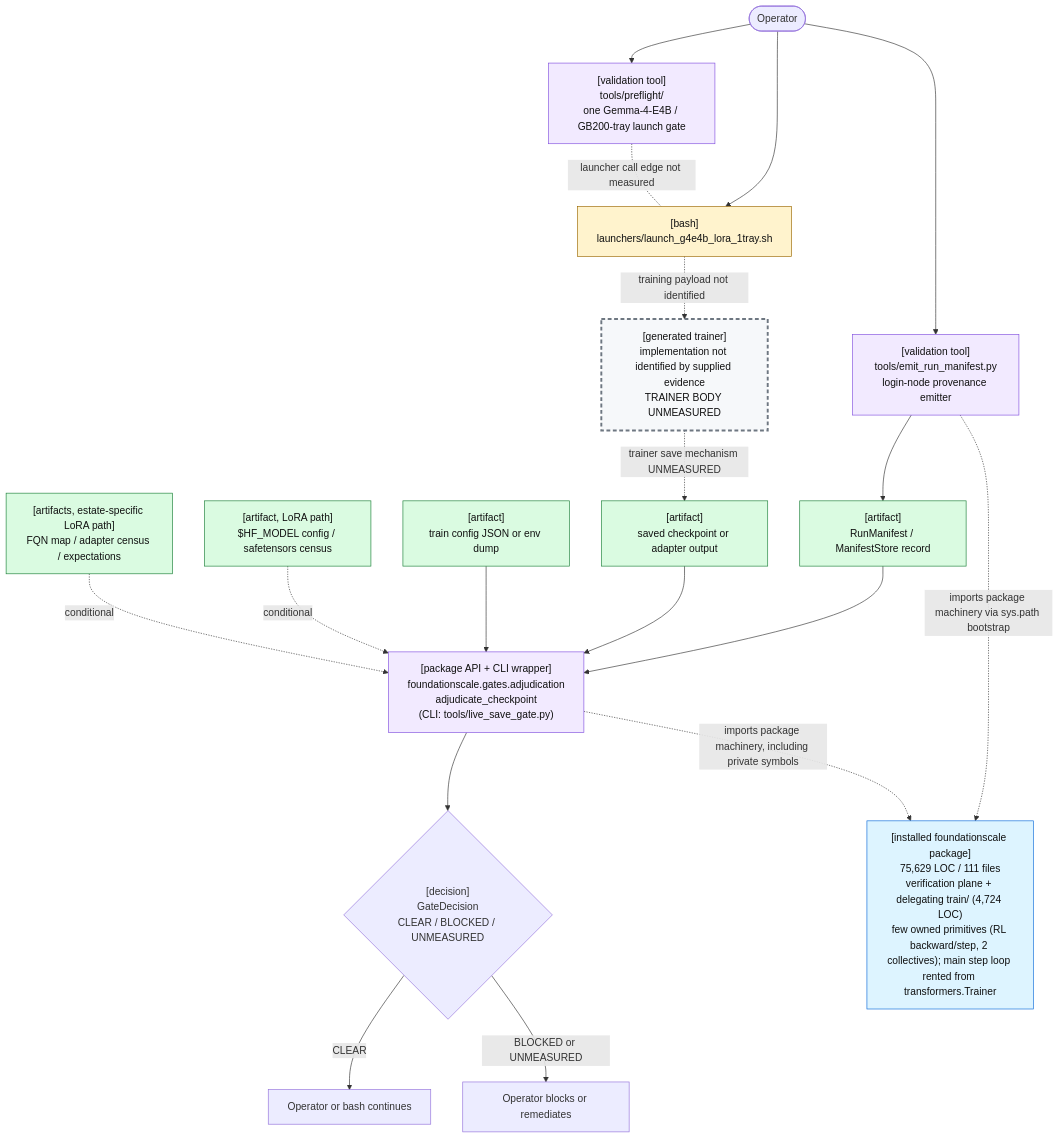
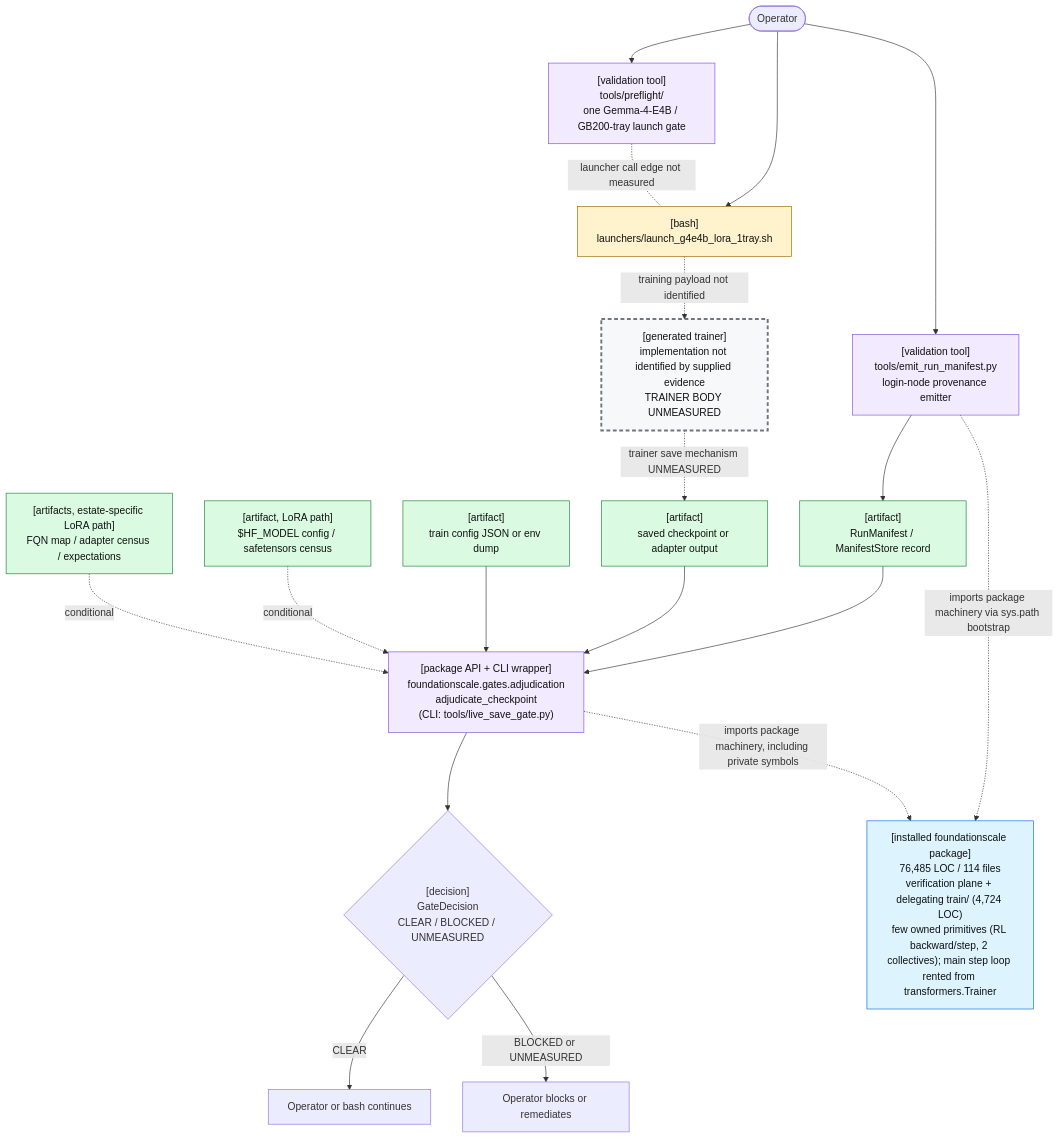
One commit to TranNhiem/FoundationScale changed the first of 2 diagrams in docs/review/D2_current_architecture.md. Above: the diagram before and after it, drawn with Mermaid. The commit also changed other lines of this file and 20 other files, not shown here.

````diff
--- a/docs/review/D2_current_architecture.md
+++ b/docs/review/D2_current_architecture.md
@@ -25,59 +25,59 @@
 ```mermaid
 flowchart TB
   O(["Operator"])
 
   PF["[validation tool]<br/>tools/preflight/<br/>one Gemma-4-E4B / GB200-tray launch gate"]
   L["[bash]<br/>launchers/launch_g4e4b_lora_1tray.sh"]
 
   E["[validation tool]<br/>tools/emit_run_manifest.py<br/>login-node provenance emitter"]
   M["[artifact]<br/>RunManifest / ManifestStore record"]
 
   T["[generated trainer]<br/>implementation not identified by supplied evidence<br/>TRAINER BODY UNMEASURED"]
   C["[artifact]<br/>saved checkpoint or adapter output"]
 
   G["[package API + CLI wrapper]<br/>foundationscale.gates.adjudication<br/>adjudicate_checkpoint<br/>(CLI: tools/live_save_gate.py)"]
   CFG["[artifact]<br/>train config JSON or env dump"]
   BASE["[artifact, LoRA path]<br/>$HF_MODEL config / safetensors census"]
   CEN["[artifacts, estate-specific LoRA path]<br/>FQN map / adapter census / expectations"]
 
   D{"[decision]<br/>GateDecision<br/>CLEAR / BLOCKED / UNMEASURED"}
   OK["Operator or bash continues"]
   NO["Operator blocks or remediates"]
 
-  PKG["[installed foundationscale package]<br/>75,629 LOC / 111 files<br/>verification plane + delegating train/ (4,724 LOC)<br/>few owned primitives (RL backward/step, 2 collectives); main step loop rented from transformers.Trainer"]
+  PKG["[installed foundationscale package]<br/>76,485 LOC / 114 files<br/>verification plane + delegating train/ (4,724 LOC)<br/>few owned primitives (RL backward/step, 2 collectives); main step loop rented from transformers.Trainer"]
 
   O --> PF
   O --> L
   PF -. "launcher call edge not measured" .- L
 
   O --> E
   E --> M
 
   L -. "training payload not identified" .-> T
   T -. "trainer save mechanism UNMEASURED" .-> C
 
   M --> G
   C --> G
   CFG --> G
   BASE -. "conditional" .-> G
   CEN -. "conditional" .-> G
 
   E -. "imports package machinery via sys.path bootstrap" .-> PKG
   G -. "imports package machinery, including private symbols" .-> PKG
 
   G --> D
   D -->|"CLEAR"| OK
   D -->|"BLOCKED or UNMEASURED"| NO
 
   classDef bash fill:#fff3cd,stroke:#9a6700,color:#111;
   classDef tool fill:#f2eaff,stroke:#8250df,color:#111;
   classDef artifact fill:#dafbe1,stroke:#1a7f37,color:#111;
   classDef gap fill:#f6f8fa,stroke:#6e7781,stroke-width:3px,stroke-dasharray: 6 4,color:#111;
   classDef pkg fill:#ddf4ff,stroke:#0969da,color:#111;
 
   class L bash;
   class PF,E,G tool;
   class M,C,CFG,BASE,CEN artifact;
   class T gap;
   class PKG pkg;
 ```
````
